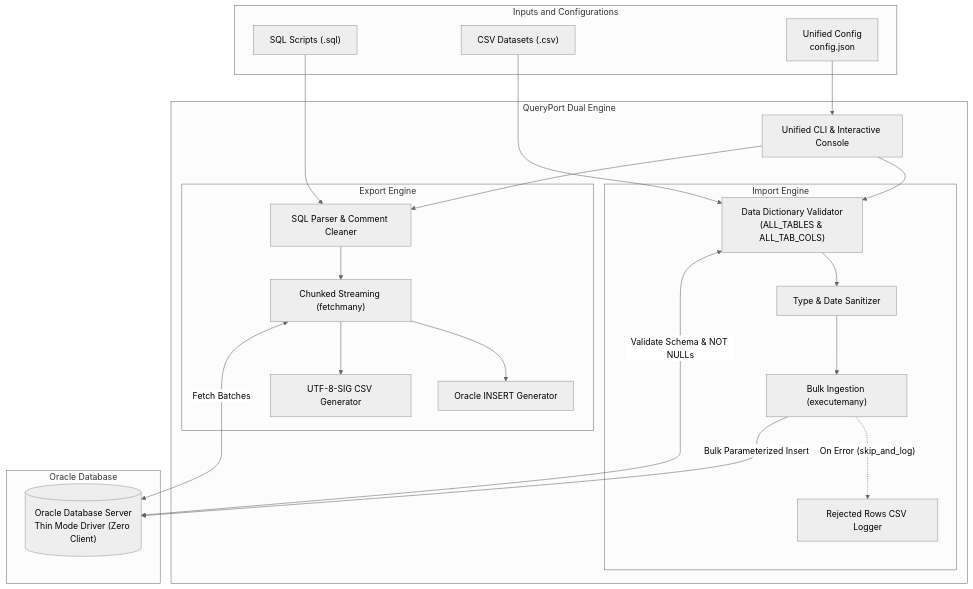
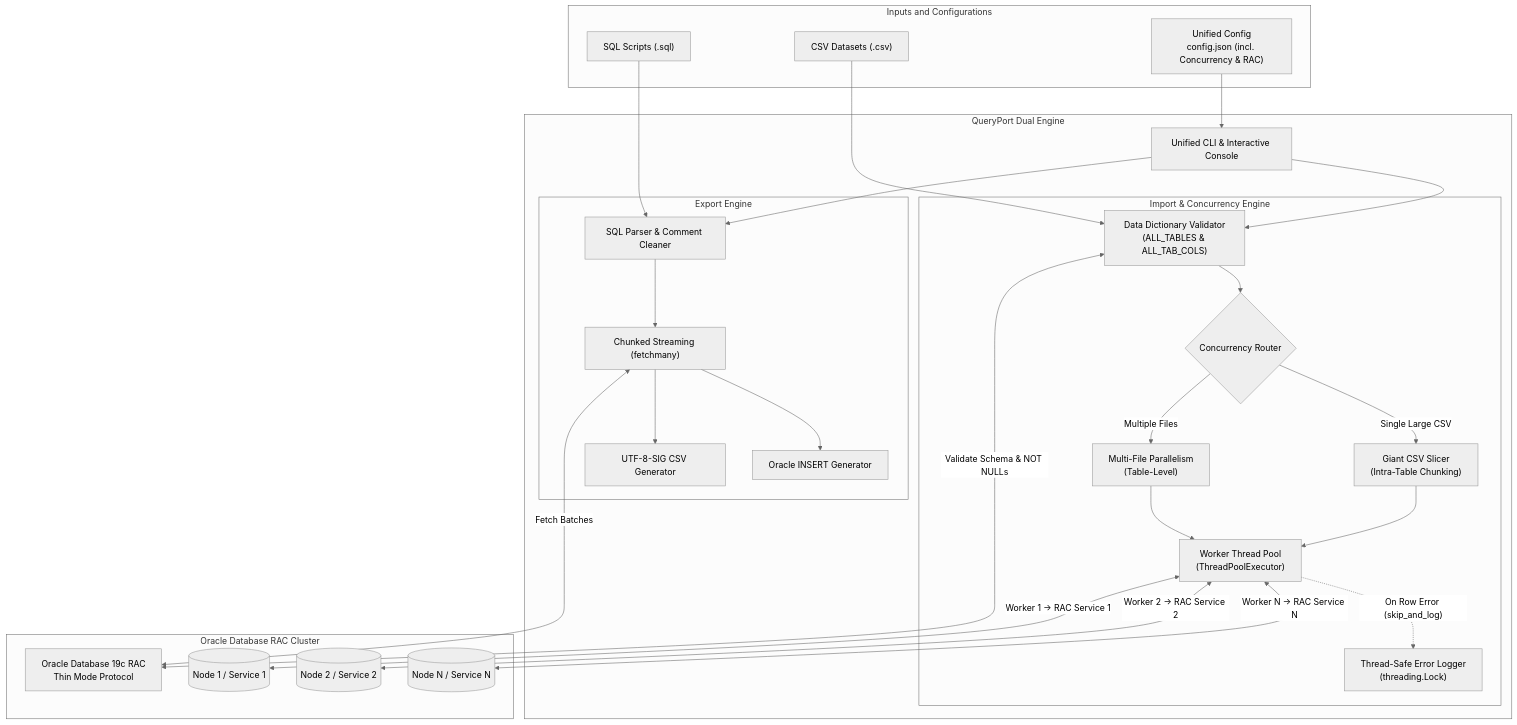
The diagram in README.en.md (hamid-morsali-786/QueryPort), drawn with Mermaid (neutral theme) before and after one commit. The commit also changed other lines of this file and 1 other file, not shown here.

Commit message:
docs: enrich architecture diagrams, feature comparison, and enterprise rac guide

````diff
--- a/README.en.md
+++ b/README.en.md
@@ -110,48 +112,56 @@
 ```mermaid
 flowchart TD
     subgraph Inputs and Configurations
         SQLIn["SQL Scripts (.sql)"]
         CSVIn["CSV Datasets (.csv)"]
-        Config["Unified Config<br/>config.json"]
+        Config["Unified Config<br/>config.json (incl. Concurrency & RAC)"]
     end
 
     subgraph QueryPort Dual Engine
         CLI["Unified CLI & Interactive Console"]
         
         subgraph Export Engine
             Parser["SQL Parser & Comment Cleaner"]
             StreamExp["Chunked Streaming (fetchmany)"]
             CSVGen["UTF-8-SIG CSV Generator"]
             SQLGen["Oracle INSERT Generator"]
         end
 
-        subgraph Import Engine
+        subgraph Import & Concurrency Engine
             Validator["Data Dictionary Validator<br/>(ALL_TABLES & ALL_TAB_COLS)"]
-            Cleaner["Type & Date Sanitizer"]
-            Batcher["Bulk Ingestion (executemany)"]
-            ErrLog["Rejected Rows CSV Logger"]
+            Router{"Concurrency Router"}
+            MultiFile["Multi-File Parallelism<br/>(Table-Level)"]
+            Chunking["Giant CSV Slicer<br/>(Intra-Table Chunking)"]
+            ThreadPool["Worker Thread Pool<br/>(ThreadPoolExecutor)"]
+            ErrLog["Thread-Safe Error Logger<br/>(threading.Lock)"]
         end
     end
 
-    subgraph Oracle Database
-        Oracle[("Oracle Database Server<br/>Thin Mode Driver (Zero Client)")]
+    subgraph Oracle Database RAC Cluster
+        RAC["Oracle Database 19c RAC<br/>Thin Mode Protocol"]
+        Node1[("Node 1 / Service 1")]
+        Node2[("Node 2 / Service 2")]
+        NodeN[("Node N / Service N")]
     end
 
     Config --> CLI
     SQLIn --> Parser
     CSVIn --> Validator
 
     CLI --> Parser
     CLI --> Validator
 
     Parser --> StreamExp
-    StreamExp <-->|"Fetch Batches"| Oracle
+    StreamExp <-->|"Fetch Batches"| RAC
     StreamExp --> CSVGen
     StreamExp --> SQLGen
 
-    Validator <-->|"Validate Schema & NOT NULLs"| Oracle
-    Validator --> Cleaner
-    Cleaner --> Batcher
-    Batcher -->|"Bulk Parameterized Insert"| Oracle
-    Batcher -.->|"On Error (skip_and_log)"| ErrLog
+    Validator <-->|"Validate Schema & NOT NULLs"| RAC
+    Validator --> Router
+    Router -->|"Multiple Files"| MultiFile --> ThreadPool
+    Router -->|"Single Large CSV"| Chunking --> ThreadPool
+    ThreadPool <-->|"Worker 1 -> RAC Service 1"| Node1
+    ThreadPool <-->|"Worker 2 -> RAC Service 2"| Node2
+    ThreadPool <-->|"Worker N -> RAC Service N"| NodeN
+    ThreadPool -.->|"On Row Error (skip_and_log)"| ErrLog
 ```
````
